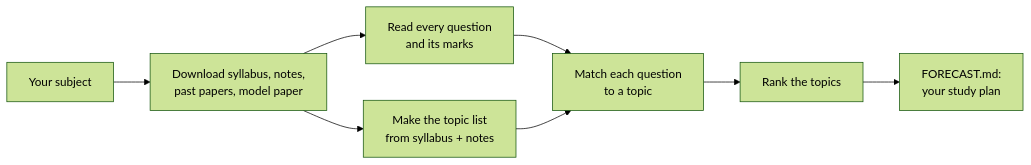
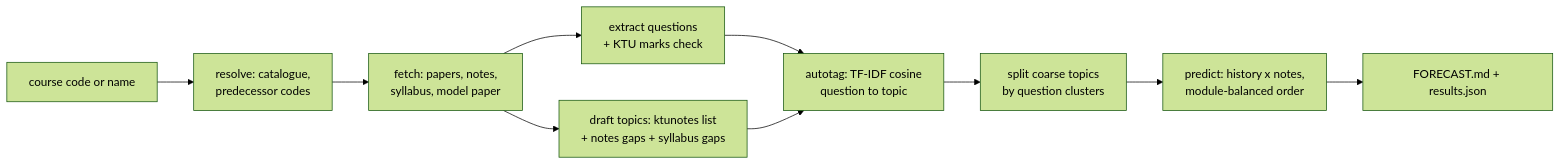
Before and after one commit to justhashim/ktu-exam-predictor: the diagram in README.md, drawn with Mermaid (forest theme). The commit also changed other lines of this file, not shown here.

````diff
--- a/README.md
+++ b/README.md
@@ -163,10 +129,12 @@
 ```mermaid
 flowchart LR
-    A[Your subject] --> B[Download syllabus, notes,<br/>past papers, model paper]
-    B --> C[Read every question<br/>and its marks]
-    B --> D[Make the topic list<br/>from syllabus + notes]
-    C --> E[Match each question<br/>to a topic]
-    D --> E
-    E --> F[Rank the topics]
-    F --> G[FORECAST.md:<br/>your study plan]
+    A[course code or name] --> R[resolve: catalogue,<br/>predecessor codes]
+    R --> F[fetch: papers, notes,<br/>syllabus, model paper]
+    F --> X[extract questions<br/>+ KTU marks check]
+    F --> T[draft topics: ktunotes list<br/>+ notes gaps + syllabus gaps]
+    X --> G[autotag: TF-IDF cosine<br/>question to topic]
+    T --> G
+    G --> S[split coarse topics<br/>by question clusters]
+    S --> P[predict: history x notes,<br/>module-balanced order]
+    P --> O[FORECAST.md + results.json]
 ```
````
